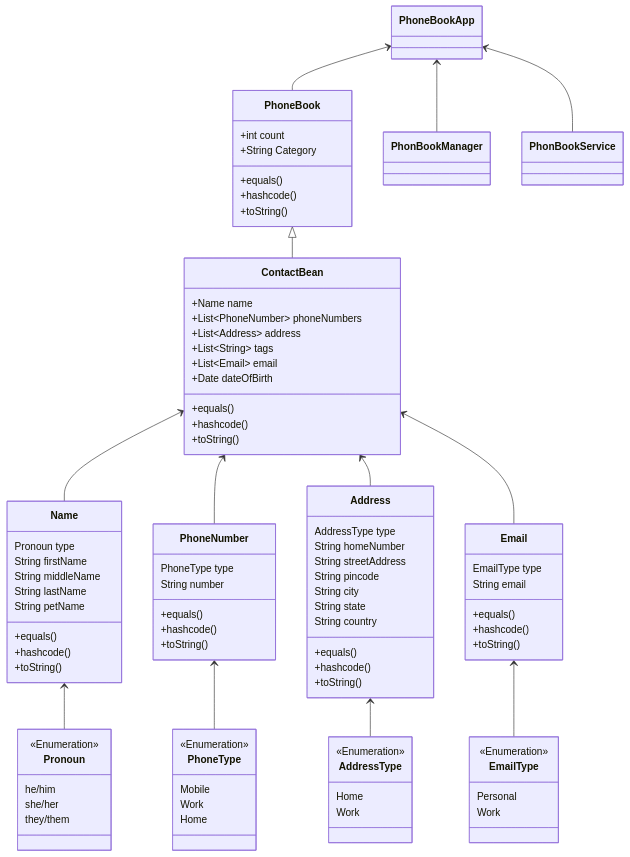
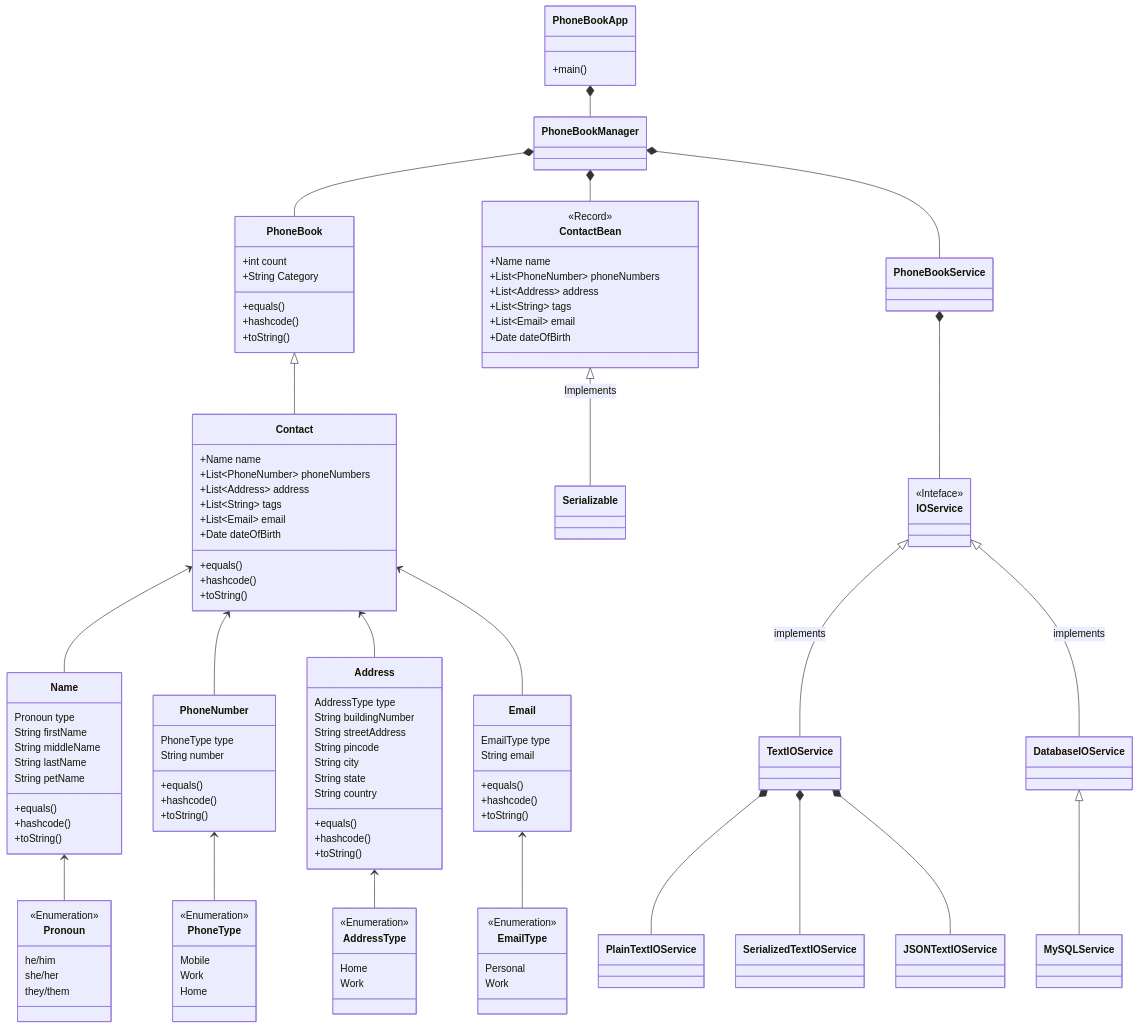
Before and after one commit to mariojoshua/PhoneBookApp_Java: the diagram in design docs/classDiagram.md, drawn with Mermaid. The commit also changed 7 other files, not shown here.

Commit message:
Changed home number to building number

````diff
--- a/design docs/classDiagram.md
+++ b/design docs/classDiagram.md
@@ -1,22 +1,70 @@
 ```mermaid
 classDiagram
-    PhoneBookApp <-- PhoneBook
-    PhoneBookApp <-- PhonBookManager
-    PhoneBookApp <-- PhonBookService
+    PhoneBookApp 
+    PhoneBookApp *-- PhoneBookManager
+    PhoneBookManager *-- ContactBean
+    PhoneBookManager *-- PhoneBook
+    PhoneBookManager *-- PhoneBookService
+    class PhoneBookService {
 
+    }
+    PhoneBookService *-- IOService
+    class IOService {
+        <<Inteface>>
+    }
+    IOService <|-- TextIOService : implements
+    IOService <|-- DatabaseIOService : implements
+    TextIOService *-- PlainTextIOService
+    TextIOService *-- SerializedTextIOService
+    TextIOService *-- JSONTextIOService
+    DatabaseIOService <|-- MySQLService
+    class TextIOService {
 
-    PhoneBook <|-- ContactBean
+    }
+
+    class DatabaseIOService {
+
+    }
+
+    class PlainTextIOService {
+
+    }
+    class SerializedTextIOService {
+
+    }
+    class JSONTextIOService {
+
+    }
+    class DatabaseIOService {
+
+    }
+
+    
+    class PhoneBookApp {
+        +main()
+    }
+    class ContactBean {
+        <<Record>>
+        +Name name
+        +List~PhoneNumber~ phoneNumbers
+        +List~Address~ address 
+        +List~String~ tags 
+        +List~Email~ email 
+        +Date dateOfBirth
+    }
+    ContactBean <|-- Serializable : Implements
+    PhoneBook <|-- Contact
     PhoneBook : +int count
     PhoneBook : +String Category
     PhoneBook: +equals()
     PhoneBook: +hashcode()
     PhoneBook: +toString()
  
-    ContactBean <-- Name
-    ContactBean <-- PhoneNumber
-    ContactBean <-- Address
-    ContactBean <-- Email
-    class ContactBean{
+    Contact <-- Name
+    Contact <-- PhoneNumber
+    Contact <-- Address
+    Contact <-- Email
+    class Contact{
         +Name name
         +List~PhoneNumber~ phoneNumbers
         +List~Address~ address 
@@ -73,7 +121,7 @@
     }
     class Address{
         AddressType type
-        String homeNumber 
+        String buildingNumber 
         String streetAddress 
         String pincode 
         String city 
````
